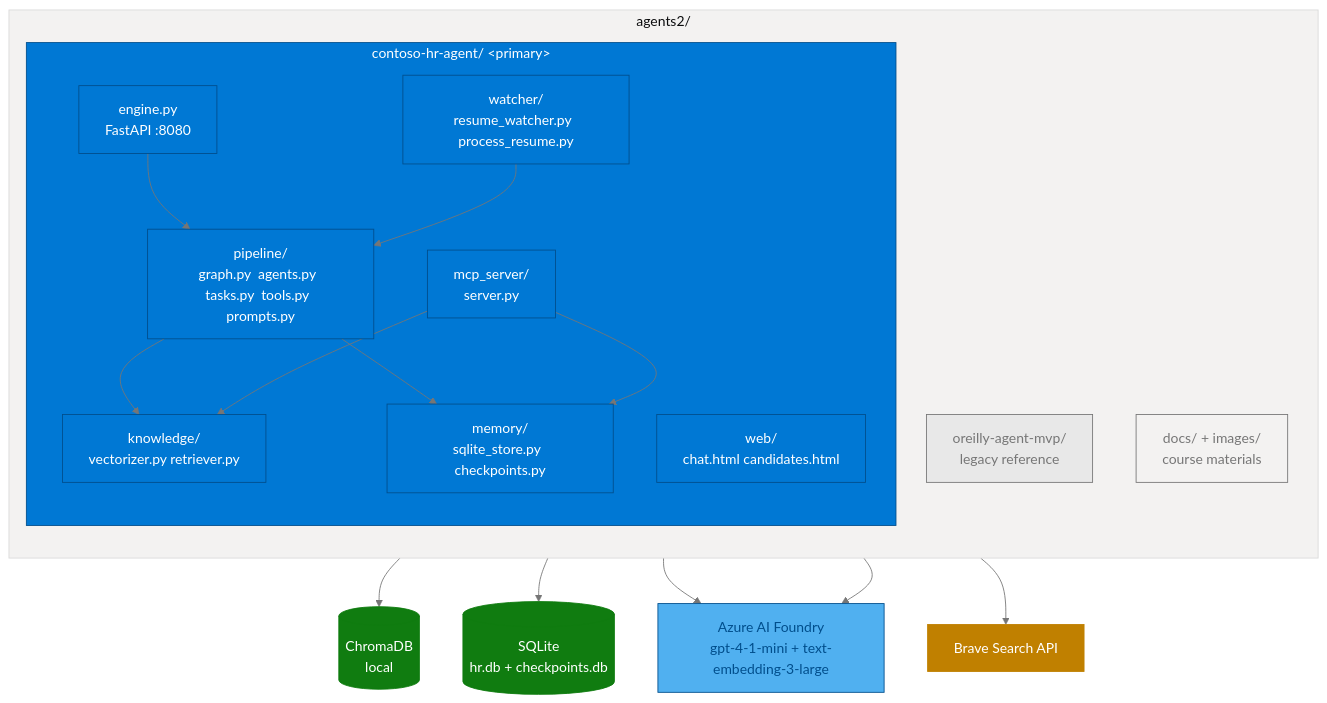
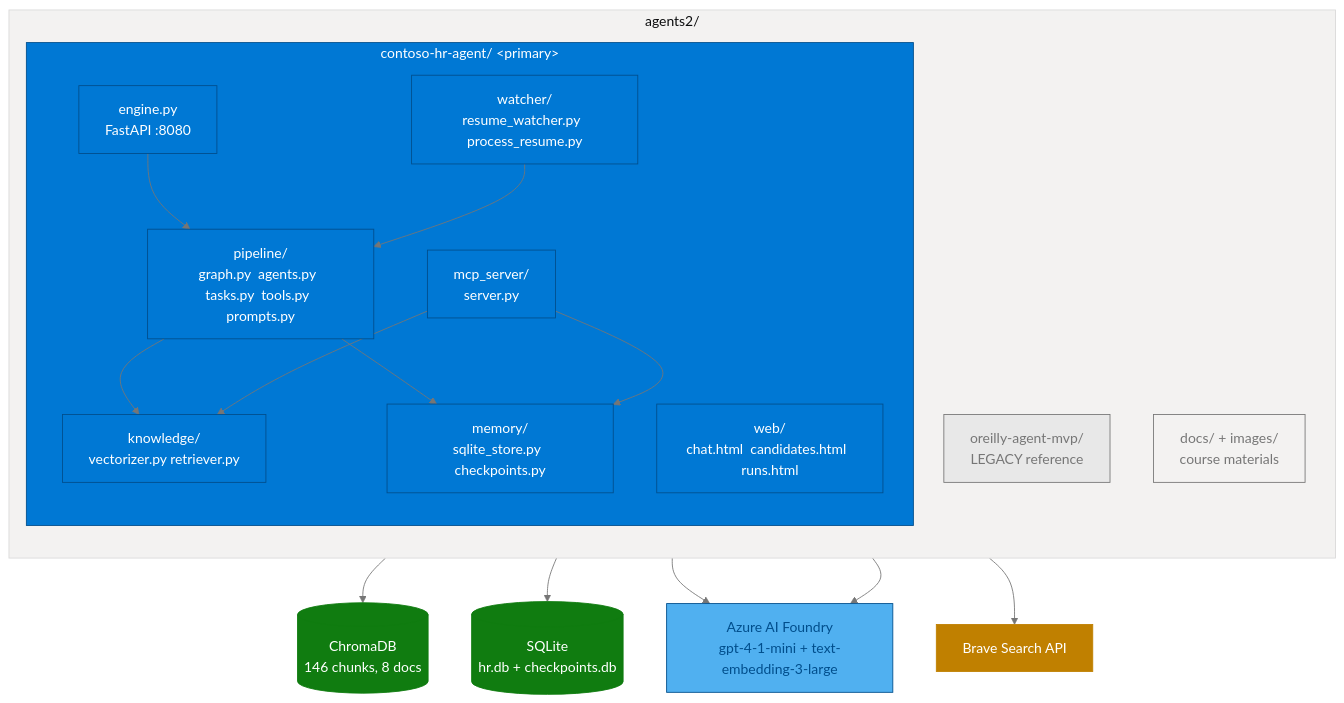
Before and after one commit to pythontime/agents2: the diagram in CLAUDE.md, drawn with Mermaid. The commit also changed other lines of this file and 141 other files, not shown here.

First line of the commit message:
feat: parallel pipeline, Pipeline Runs page, chat sessions, full doc refresh

````diff
--- a/CLAUDE.md
+++ b/CLAUDE.md
@@ -63,42 +69,42 @@
 ```mermaid
 %%{init: {'theme':'base','themeVariables':{'primaryColor':'#0078D4','primaryTextColor':'#FFFFFF','primaryBorderColor':'#004E8C','lineColor':'#767676','secondaryColor':'#E8E8E8','tertiaryColor':'#F3F2F1'}}}%%
 flowchart TD
     subgraph REPO["agents2/"]
         direction TB
         subgraph CONTOSO["contoso-hr-agent/ &lt;primary&gt;"]
             style CONTOSO fill:#0078D4,color:#FFFFFF,stroke:#004E8C
             PIPELINE["pipeline/<br/>graph.py  agents.py  tasks.py  tools.py  prompts.py"]
             KNOWLEDGE["knowledge/<br/>vectorizer.py  retriever.py"]
             WATCHER["watcher/<br/>resume_watcher.py  process_resume.py"]
             MEMORY["memory/<br/>sqlite_store.py  checkpoints.py"]
             MCP["mcp_server/<br/>server.py"]
             ENGINE["engine.py<br/>FastAPI :8080"]
-            WEB["web/<br/>chat.html  candidates.html"]
+            WEB["web/<br/>chat.html  candidates.html  runs.html"]
         end
-        LEGACY["oreilly-agent-mvp/<br/>legacy reference"]
+        LEGACY["oreilly-agent-mvp/<br/>LEGACY reference"]
         style LEGACY fill:#E8E8E8,color:#767676,stroke:#767676
         DOCS["docs/ + images/<br/>course materials"]
         style DOCS fill:#F3F2F1,color:#767676,stroke:#767676
     end
 
     AZURE["Azure AI Foundry<br/>gpt-4-1-mini + text-embedding-3-large"]
     style AZURE fill:#50B0F0,color:#004E8C,stroke:#004E8C
-    CHROMADB[("ChromaDB<br/>local")]
+    CHROMADB[("ChromaDB<br/>146 chunks, 8 docs")]
     style CHROMADB fill:#107C10,color:#FFFFFF,stroke:#107C10
     SQLITE[("SQLite<br/>hr.db + checkpoints.db")]
     style SQLITE fill:#107C10,color:#FFFFFF,stroke:#107C10
     BRAVE["Brave Search API"]
     style BRAVE fill:#C08000,color:#FFFFFF,stroke:#C08000
 
     ENGINE --> PIPELINE
     PIPELINE --> KNOWLEDGE
     PIPELINE --> MEMORY
     WATCHER --> PIPELINE
     MCP --> MEMORY
     MCP --> KNOWLEDGE
     KNOWLEDGE --> CHROMADB
     MEMORY --> SQLITE
     PIPELINE --> AZURE
     PIPELINE --> BRAVE
     KNOWLEDGE --> AZURE
 ```
````
